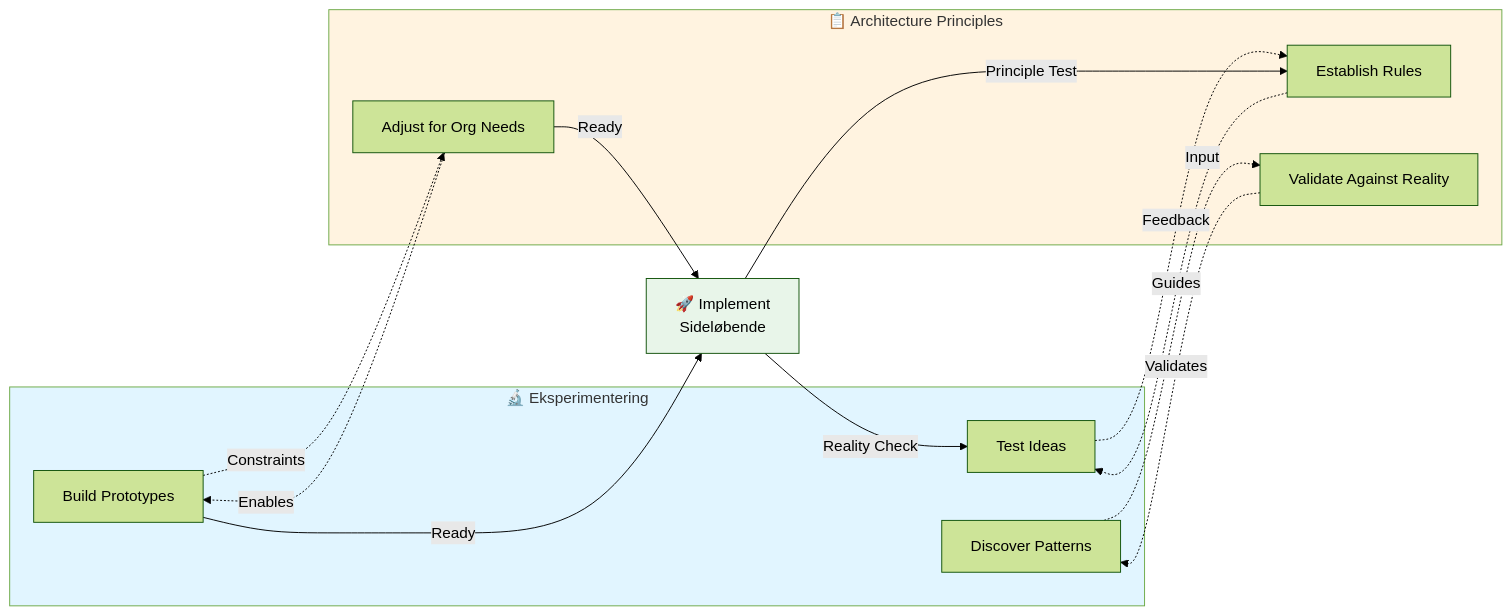
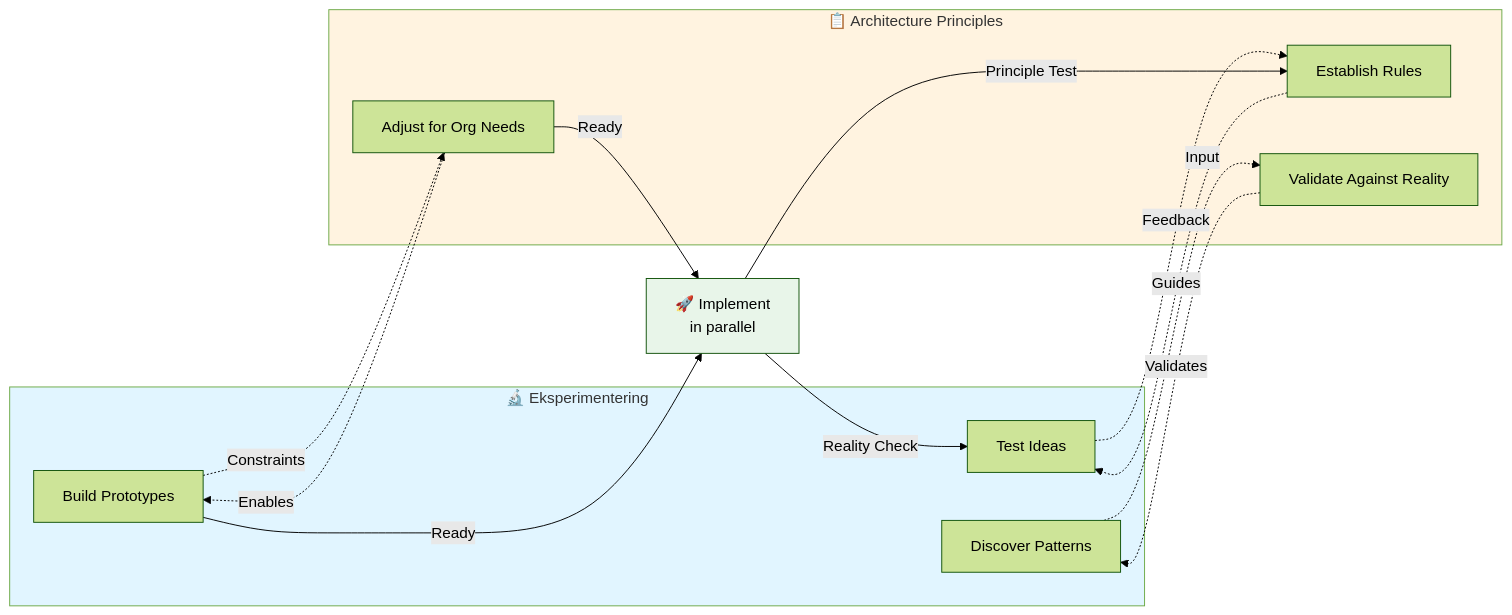
One commit to hfrov/AI-for-Technology-Leaders changed the second of 2 diagrams in 03-ai-first-engineering.md. Above: the diagram before and after it, drawn with Mermaid (forest theme). The commit also changed other lines of this file, not shown here.

Commit message:
Reorganize Architecture Principles for clarity

````diff
--- a/03-ai-first-engineering.md
+++ b/03-ai-first-engineering.md
@@ -46,31 +67,31 @@
 ```mermaid
 graph LR
     subgraph Eksperimenter["🔬 Eksperimentering"]
         A1["Test Ideas"]
         A2["Discover Patterns"]
         A3["Build Prototypes"]
     end
     
     subgraph Principper["📋 Architecture Principles"]
         B1["Establish Rules"]
         B2["Validate Against Reality"]
         B3["Adjust for Org Needs"]
     end
     
     A1 -.->|Feedback| B1
     A2 -.->|Input| B2
     A3 -.->|Constraints| B3
     
     B1 -.->|Guides| A1
     B2 -.->|Validates| A2
     B3 -.->|Enables| A3
     
-    A3 -->|Ready| Implement["🚀 Implement<br/>Sideløbende"]
+    A3 -->|Ready| Implement["🚀 Implement<br/>in parallel"]
     B3 -->|Ready| Implement
     Implement -->|Reality Check| A1
     Implement -->|Principle Test| B1
     
     style Eksperimenter fill:#e1f5ff
     style Principper fill:#fff3e0
     style Implement fill:#e8f5e9
 ```
````
